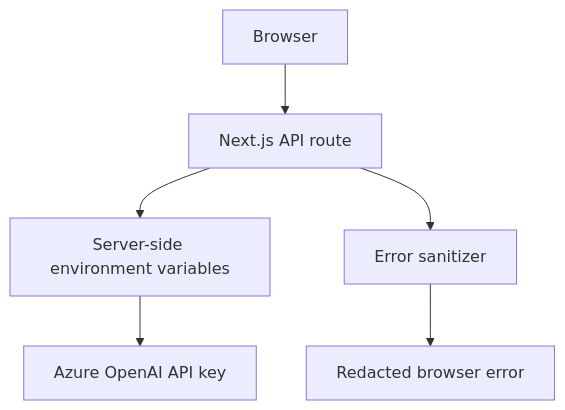
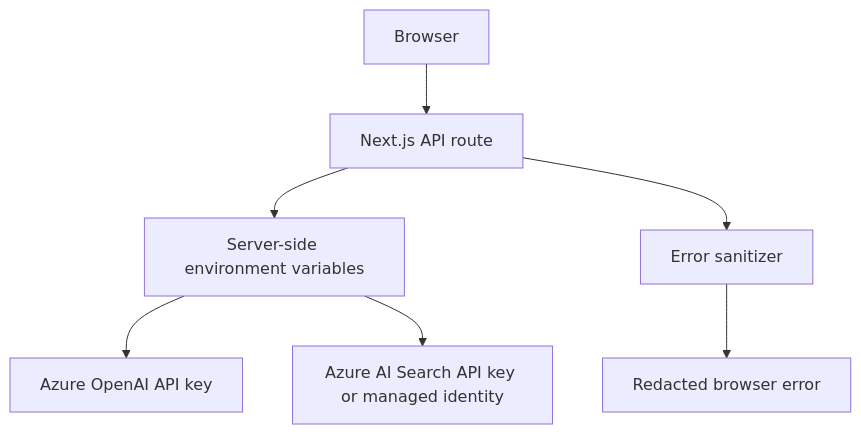
Before and after one commit to beretests/Power-Platform-Solution-Architect-Agent: the eighth of 9 diagrams in docs/architecture.md, drawn with Mermaid. The commit also changed other lines of this file and 24 other files, not shown here.

````diff
--- a/docs/architecture.md
+++ b/docs/architecture.md
@@ -210,8 +295,9 @@
 ```mermaid
 flowchart TD
     Browser[Browser] --> API[Next.js API route]
     API --> Env[Server-side environment variables]
     Env --> AzureKey[Azure OpenAI API key]
+    Env --> SearchKey[Azure AI Search API key or managed identity]
     API --> Sanitizer[Error sanitizer]
     Sanitizer --> BrowserError[Redacted browser error]
 ```
````
